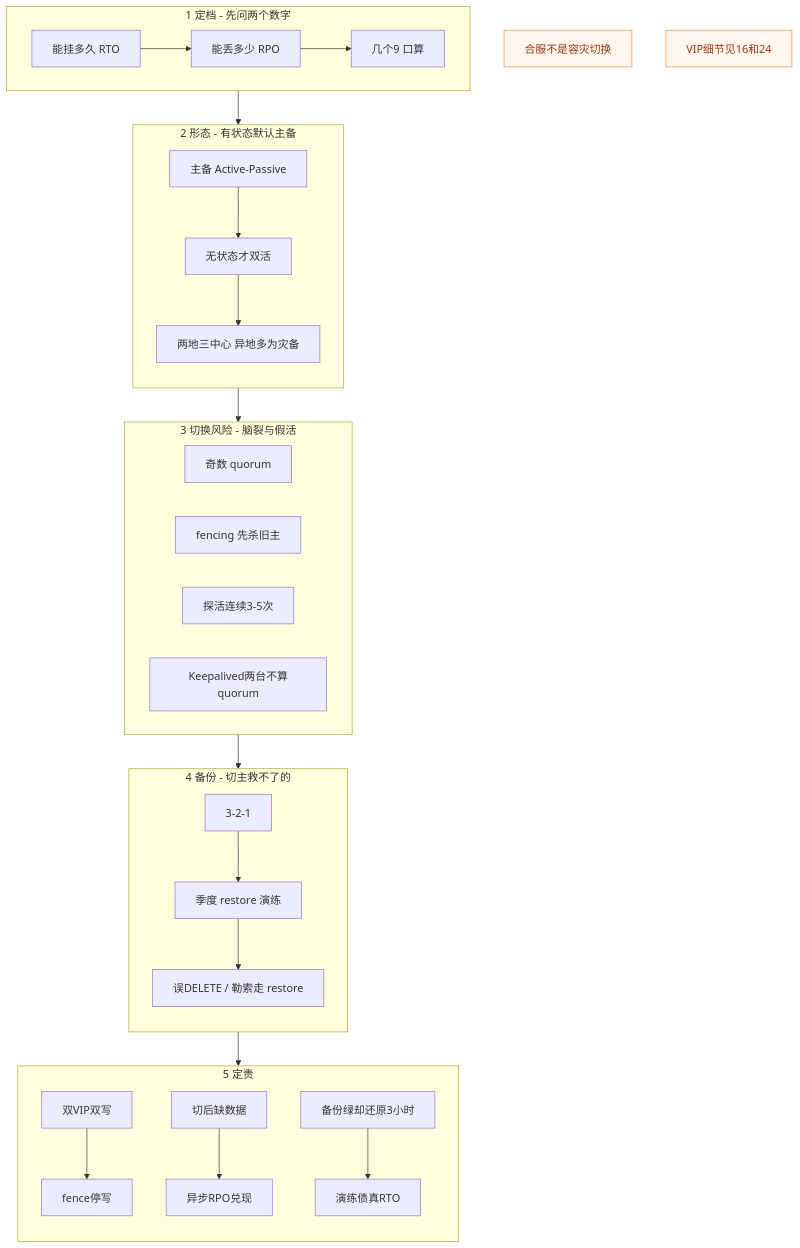
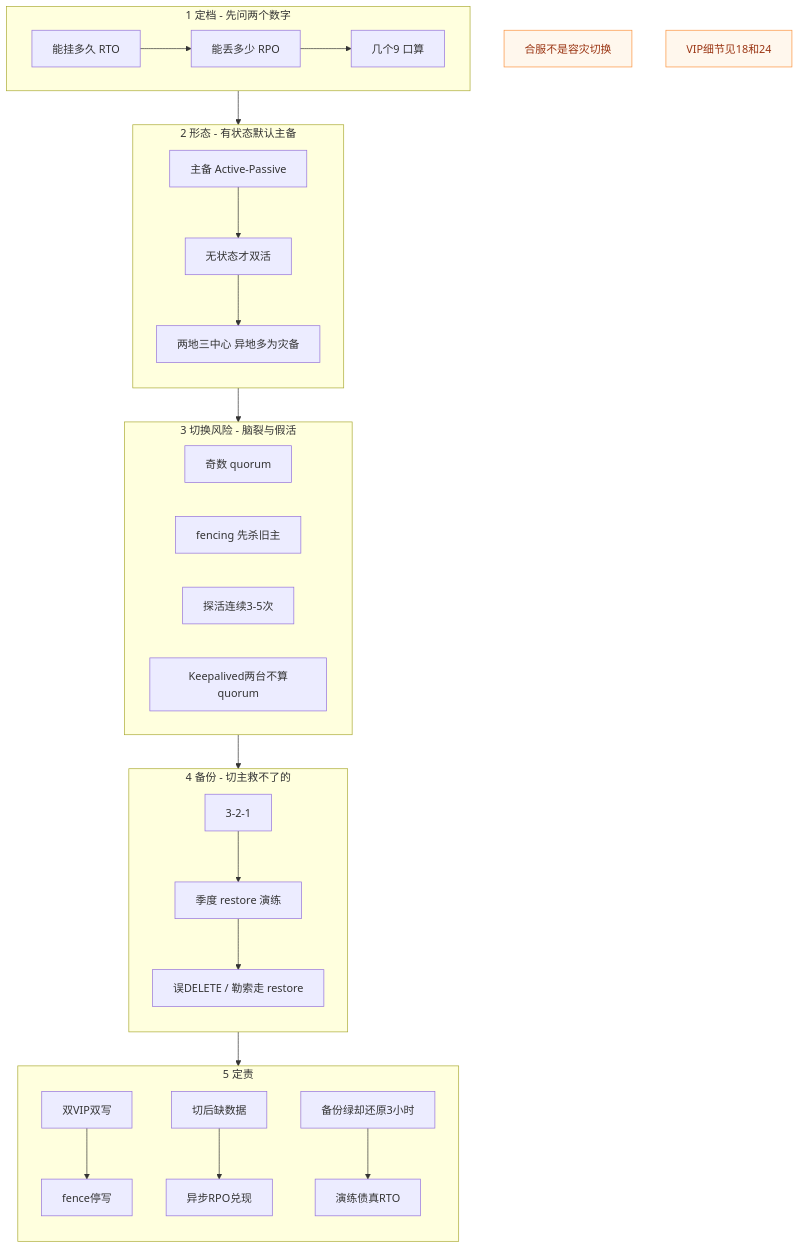
One commit to ml-cuizijun/LearnToLilith changed the first of 7 diagrams in 01-基础底座/26-高可用与容灾/知识点.md. Above: the diagram before and after it, drawn with Mermaid. The commit also changed other lines of this file and 56 other files, not shown here.

````diff
--- a/01-基础底座/26-高可用与容灾/知识点.md
+++ b/01-基础底座/26-高可用与容灾/知识点.md
@@ -55,49 +55,49 @@
 ```mermaid
 flowchart TB
     classDef ask fill:#1D4ED8,stroke:#1E3A8A,color:#fff
     classDef form fill:#047857,stroke:#065F46,color:#fff
     classDef danger fill:#C2410C,stroke:#9A3412,color:#fff
     classDef bak fill:#7C3AED,stroke:#5B21B6,color:#fff
     classDef note fill:#FFF7ED,stroke:#FB923C,color:#9A3412
 
     subgraph ASK["1 定档 - 先问两个数字"]
         direction LR
         Q1["能挂多久 RTO"] --> Q2["能丢多少 RPO"]
         Q2 --> Q3["几个9 口算"]
     end
 
     subgraph FORM["2 形态 - 有状态默认主备"]
         direction TB
         F1["主备 Active-Passive"] --> F2["无状态才双活"]
         F2 --> F3["两地三中心 异地多为灾备"]
     end
 
     subgraph RISK["3 切换风险 - 脑裂与假活"]
         direction LR
         R1["奇数 quorum"]
         R2["fencing 先杀旧主"]
         R3["探活连续3-5次"]
         R4["Keepalived两台不算quorum"]
     end
 
     subgraph BAK["4 备份 - 切主救不了的"]
         direction TB
         B1["3-2-1"] --> B2["季度 restore 演练"]
         B2 --> B3["误DELETE / 勒索走 restore"]
     end
 
     subgraph JUDGE["5 定责"]
         direction TB
         J1["双VIP双写"] --> J2["fence停写"]
         J3["切后缺数据"] --> J4["异步RPO兑现"]
         J5["备份绿却还原3小时"] --> J6["演练债真RTO"]
     end
 
     ASK --> FORM
     FORM --> RISK
     RISK --> BAK
     BAK --> JUDGE
 
     N1["合服不是容灾切换"]:::note
-    N2["VIP细节见16和24"]:::note
+    N2["VIP细节见18和24"]:::note
 ```
````
